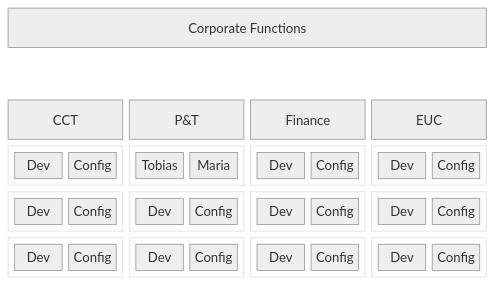
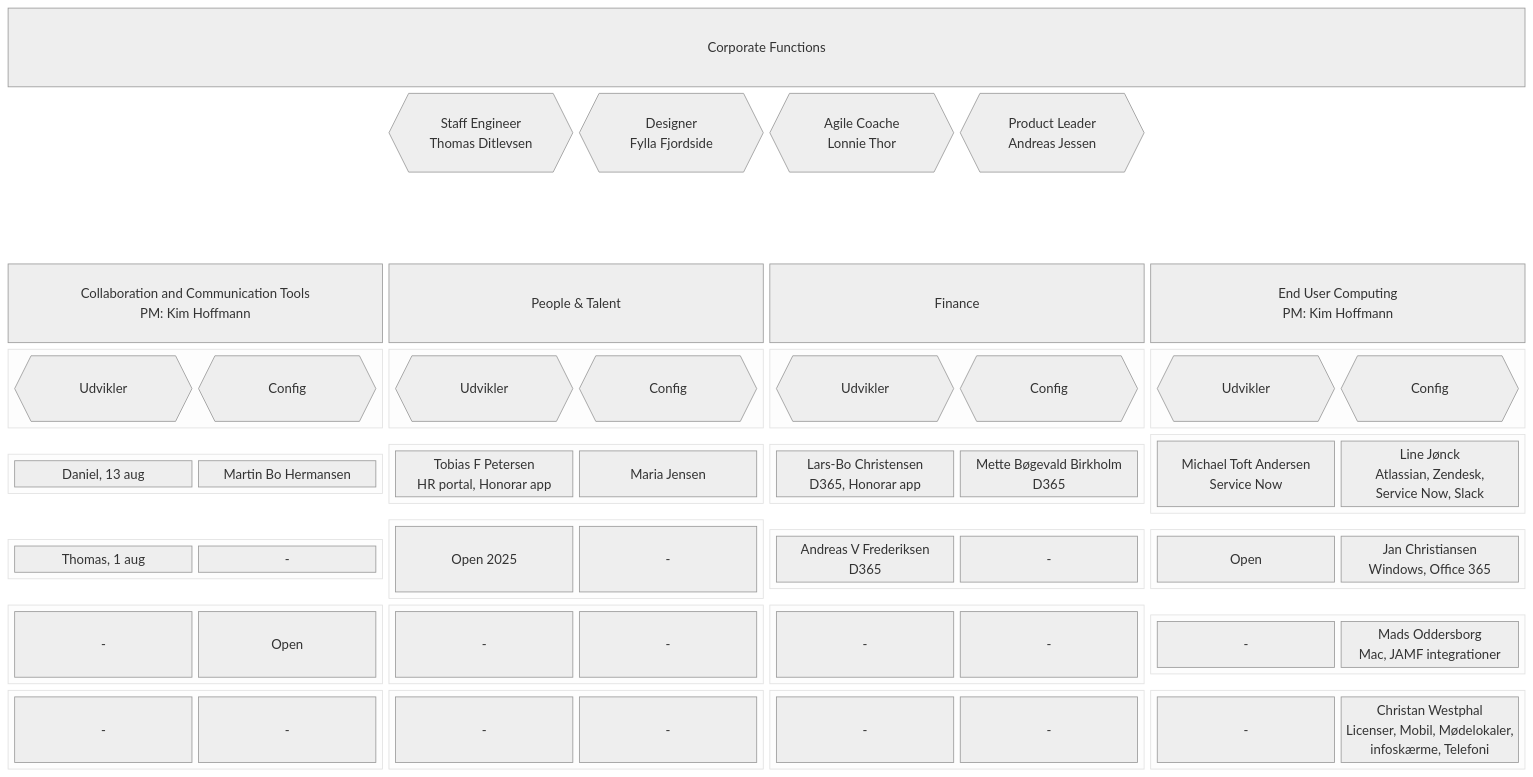
The diagram in CorporateFunctionsDiagram.md (klind/Mermaidchart), drawn with Mermaid (neutral theme) before and after one commit.

````diff
--- a/CorporateFunctionsDiagram.md
+++ b/CorporateFunctionsDiagram.md
@@ -2,81 +2,151 @@
 block-beta
     columns 8
       CorporateFunctions["Corporate Functions"]:8
-      space:8
-      CCT:2
-      P&T:2
+      
+      space:2  
+      Staff{{"Staff Engineer<br>Thomas Ditlevsen"}}:1
+      Designer{{"Designer<br>Fylla Fjordside"}}:1
+      AC{{"Agile Coache<br>Lonnie Thor"}}:1
+      PL{{"Product Leader<br>Andreas Jessen"}}:1
+      
+      space:2
+      space:8  
+           
+      
+      CCT["Collaboration and Communication Tools<br>PM: Kim Hoffmann"]:2
+      P&T["People & Talent"]:2
       Finance:2
-      EUC:2
-
-        block:group1:2
-            columns 2
-            Developer1["Dev"]
-            Config1["Config"]
+      EUC["End User Computing<br>PM: Kim Hoffmann"]:2
+      
+            
+        %% -
+        block:type1:2
+            u1{{"Udvikler"}}
+            c1{{"Config"}}
         end
 
-        block:group2:2
-            columns 2
-            Developer2["Tobias"]
-            Config2["Maria"]
+        block:type2:2
+            u2{{"Udvikler"}}
+            c2{{"Config"}}
         end
 
-        block:group3:2
-            columns 2
-            Developer3["Dev"]
-            Config3["Config"]
+        block:type3:2
+            u3{{"Udvikler"}}
+            c3{{"Config"}}
         end
 
-        block:group4:2
+        block:type4:2
+            u4{{"Udvikler"}}
+            c4{{"Config"}}
+        end
+        %% -
+        block:cct1:2
             columns 2
-            Developer4["Dev"]
-            Config4["Config"]
+            Developer1["Daniel, 13 aug"]
+            Config1["Martin Bo Hermansen"]
         end
 
-        block:group5:2
+        block:PT1:2
             columns 2
-            Developer5["Dev"]
-            Config5["Config"]
+            Developer2["Tobias F Petersen
+            HR portal, Honorar app"]
+            Config2["Maria Jensen"]
         end
 
-        block:group6:2
+        block:finance1:2
             columns 2
-            Developer6["Dev"]
-            Config6["Config"]
+            Developer3["Lars-Bo Christensen
+            D365, Honorar app"]
+            Config3["Mette Bøgevald Birkholm
+            D365"]
         end
 
-        block:group7:2
+        block:euc1:2
             columns 2
-            Developer7["Dev"]
-            Config7["Config"]
+            Developer4["Michael Toft Andersen
+            Service Now"]
+            Config4["Line Jønck
+            Atlassian, Zendesk,
+            Service Now, Slack"]
+        end
+        %% -
+        block:cct2:2
+            columns 2
+            Developer5["Thomas, 1 aug"]
+            Config5["-"]
         end
 
-        block:group8:2
+        block:pt2:2
             columns 2
-            Developer8["Dev"]
-            Config8["Config"]
+            Developer6["Open 2025"]
+            Config6["-"]
         end
 
-        block:group9:2
+        block:finance2:2
             columns 2
-            Developer9["Dev"]
-            Config9["Config"]
+            Developer7["Andreas V Frederiksen
+            D365"]
+            Config7["-"]
         end
 
-        block:group10:2
+        block:euc2:2
             columns 2
-            Developer10["Dev"]
-            Config10["Config"]
+            Developer8["Open"]
+            Config8["Jan Christiansen
+            Windows, Office 365"]
+        end
+        %% -
+        block:cct3:2
+            columns 2
+            Developer9["-"]
+            Config9["Open"]
         end
 
-        block:group11:2
+        block:pt3:2
             columns 2
-            Developer11["Dev"]
-            Config11["Config"]
+            Developer10["-"]
+            Config10["-"]
         end
 
-        block:group12:2
+        block:finance3:2
             columns 2
-            Developer12["Dev"]
-            Config12["Config"]
+            Developer11["-"]
+            Config11["-"]
         end
+
+        block:euc3:2
+            columns 2
+            Developer12["-"]
+            Config12["Mads Oddersborg
+            Mac, JAMF integrationer
+            "]
+        end
+        %% -
+        block:cct4:2
+            columns 2
+            Developer13["-"]
+            Config13["-"]
+        end
+
+        block:pt4:2
+            columns 2
+            Developer14["-"]
+            Config14["-"]
+        end
+
+        block:finance4:2
+            columns 2
+            Developer15["-"]
+            Config15["-"]
+        end
+
+        block:euc4:2
+            columns 2
+            Developer16["-"]
+            Config16["Christan Westphal
+            Licenser, Mobil, Mødelokaler,
+            infoskærme, Telefoni"]
+        end
+        %% -
+        
 ```
````
